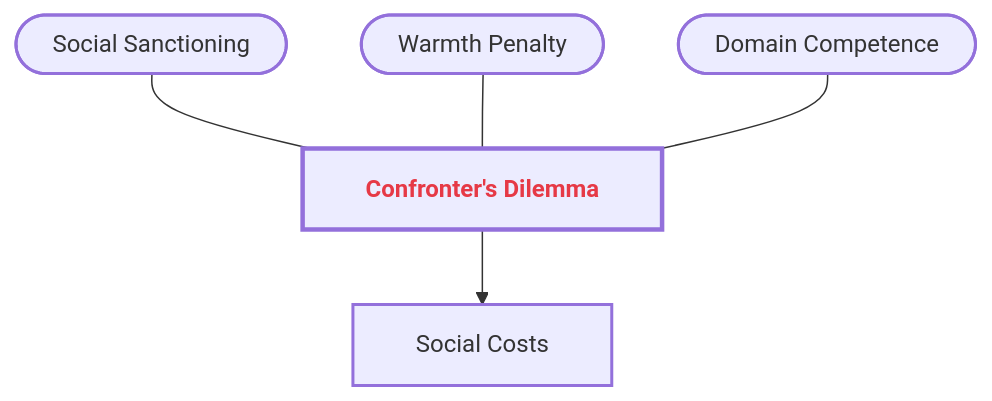
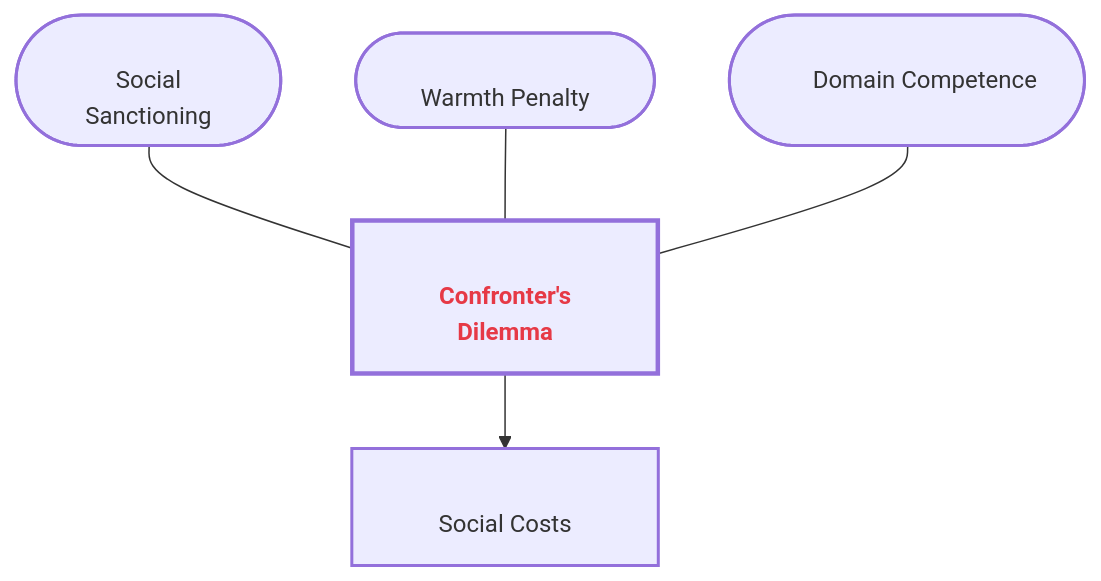
Before and after one commit to GM024/CourseSummaries: the fourth of 8 diagrams in Communication_Influence/Mastery_Guide_SOW_BS033.md, drawn with Mermaid. The commit also changed other lines of this file, not shown here.

Commit message:
GitHub-Hardened V2: 12px font and 10-space buffers for zero-clipping guarantee

````diff
--- a/Communication_Influence/Mastery_Guide_SOW_BS033.md
+++ b/Communication_Influence/Mastery_Guide_SOW_BS033.md
@@ -138,14 +138,14 @@
 ```mermaid
-%%{init: { 'flowchart': { 'padding': 20, 'nodeSpacing': 50, 'rankSpacing': 50, 'useMaxWidth': false }, 'theme': 'neutral', 'themeVariables': { 'fontSize': '14px', 'fontFamily': '-apple-system,BlinkMacSystemFont,"Segoe UI",Helvetica,Arial,sans-serif' }}}%%
+%%{init: { 'flowchart': { 'padding': 30, 'useMaxWidth': false, 'htmlLabels': true }, 'theme': 'neutral', 'themeVariables': { 'fontSize': '12px', 'fontFamily': '-apple-system,BlinkMacSystemFont,"Segoe UI",Helvetica,Arial,sans-serif' }}}%%
 graph TD
     classDef sandbox stroke-width:2px;
     classDef hub stroke-width:3px,font-weight:bold;
 
-    Hub["&nbsp;&nbsp; <span style='color:#e63946'><b>Confronter's Dilemma</b></span> &nbsp;&nbsp;"]:::hub
+    Hub["<br/>&nbsp;&nbsp;&nbsp;&nbsp;&nbsp;&nbsp; <span style='color:#e63946'><b>Confronter's</b></span> &nbsp;&nbsp;&nbsp;&nbsp;&nbsp;&nbsp;<br/>&nbsp;&nbsp;&nbsp;&nbsp;&nbsp;&nbsp; <span style='color:#e63946'><b>Dilemma</b></span> &nbsp;&nbsp;&nbsp;&nbsp;&nbsp;&nbsp;<br/>"]:::hub
     
-    S1(["&nbsp;&nbsp; Social Sanctioning &nbsp;&nbsp;"]):::sandbox --- Hub
-    S2(["&nbsp;&nbsp; Warmth Penalty &nbsp;&nbsp;"]):::sandbox --- Hub
-    S3(["&nbsp;&nbsp; Domain Competence &nbsp;&nbsp;"]):::sandbox --- Hub
+    S1(["<br/>&nbsp;&nbsp;&nbsp;&nbsp;&nbsp;&nbsp; Social &nbsp;&nbsp;&nbsp;&nbsp;&nbsp;&nbsp;<br/>&nbsp;&nbsp;&nbsp;&nbsp;&nbsp;&nbsp; Sanctioning &nbsp;&nbsp;&nbsp;&nbsp;&nbsp;&nbsp;<br/>"]):::sandbox --- Hub
+    S2(["<br/>&nbsp;&nbsp;&nbsp;&nbsp;&nbsp;&nbsp; Warmth Penalty &nbsp;&nbsp;&nbsp;&nbsp;&nbsp;&nbsp;<br/>"]):::sandbox --- Hub
+    S3(["<br/>&nbsp;&nbsp;&nbsp;&nbsp;&nbsp;&nbsp; Domain Competence &nbsp;&nbsp;&nbsp;&nbsp;&nbsp;&nbsp;<br/>"]):::sandbox --- Hub
     
-    Hub --> B1["&nbsp;&nbsp; Social Costs &nbsp;&nbsp;"]:::sandbox
+    Hub --> B1["<br/>&nbsp;&nbsp;&nbsp;&nbsp;&nbsp;&nbsp; Social Costs &nbsp;&nbsp;&nbsp;&nbsp;&nbsp;&nbsp;<br/>"]:::sandbox
 ```
````
